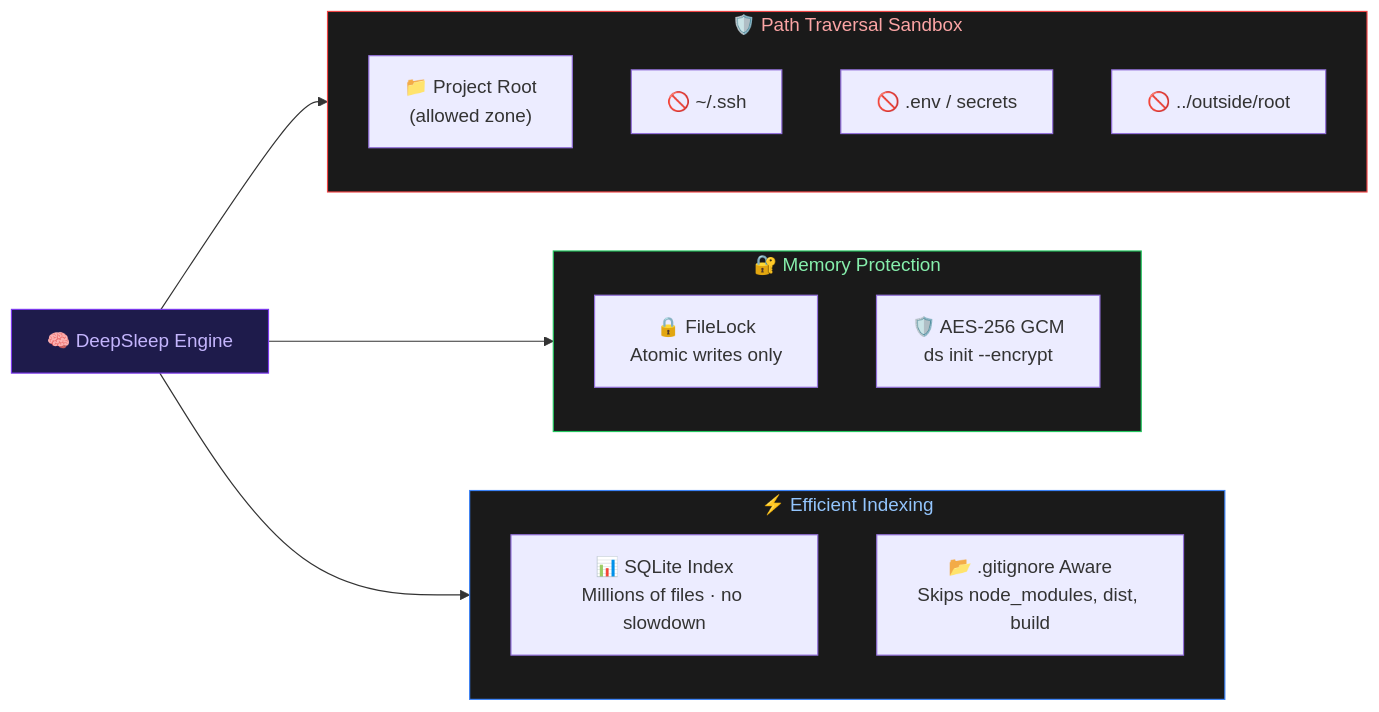
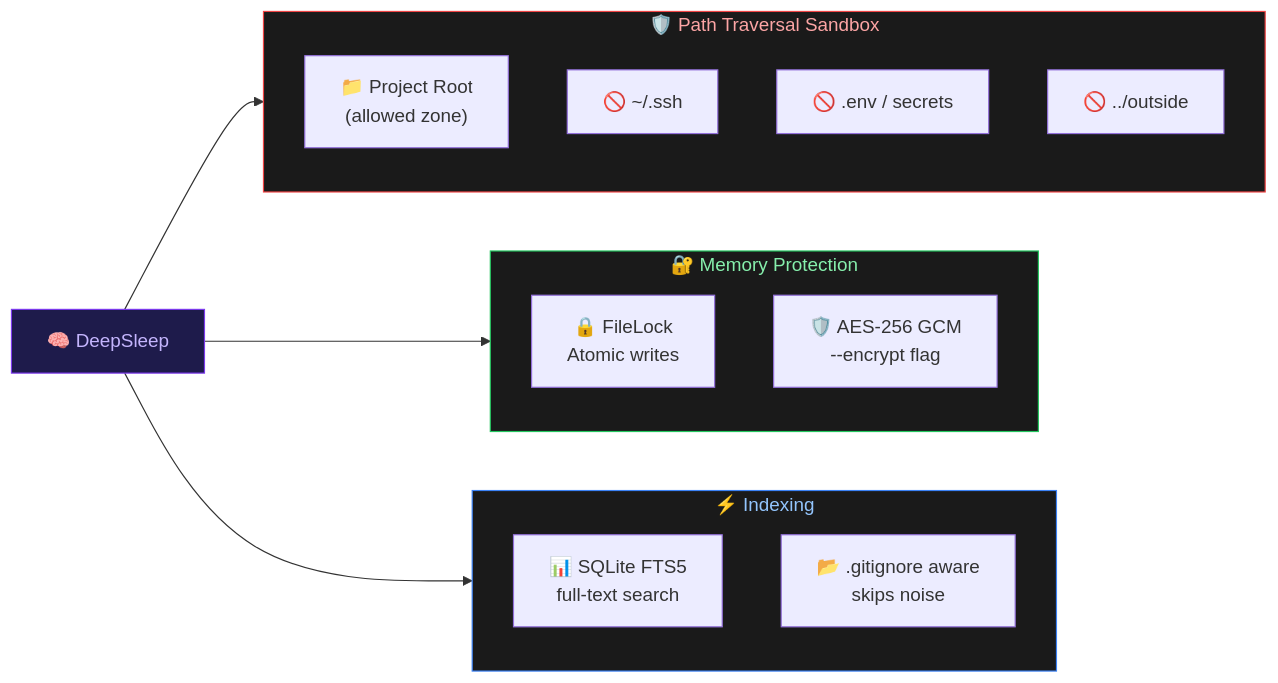
Before and after one commit to Keshavsharma-code/DeepSleep-beta: the seventh of 9 diagrams in README.md, drawn with Mermaid. The commit also changed other lines of this file and 8 other files, not shown here.

````diff
--- a/README.md
+++ b/README.md
@@ -158,31 +250,24 @@
 ```mermaid
 flowchart LR
     subgraph SANDBOX["🛡️ Path Traversal Sandbox"]
-        direction TB
         root["📁 Project Root\n(allowed zone)"]
-        blocked1["🚫 ~/.ssh"]
-        blocked2["🚫 .env / secrets"]
-        blocked3["🚫 ../outside/root"]
+        b1["🚫 ~/.ssh"]
+        b2["🚫 .env / secrets"]
+        b3["🚫 ../outside"]
     end
-
     subgraph MEMORY["🔐 Memory Protection"]
-        direction TB
-        lock["🔒 FileLock\nAtomic writes only"]
-        enc["🛡️ AES-256 GCM\nds init --encrypt"]
+        lock["🔒 FileLock\nAtomic writes"]
+        enc["🛡️ AES-256 GCM\n--encrypt flag"]
     end
-
-    subgraph INDEXING["⚡ Efficient Indexing"]
-        direction TB
-        sqlite["📊 SQLite Index\nMillions of files · no slowdown"]
-        gitignore["📂 .gitignore Aware\nSkips node_modules, dist, build"]
+    subgraph INDEX["⚡ Indexing"]
+        sqlite["📊 SQLite FTS5\nfull-text search"]
+        gitignore["📂 .gitignore aware\nskips noise"]
     end
-
-    DS["🧠 DeepSleep Engine"] --> SANDBOX
+    DS["🧠 DeepSleep"] --> SANDBOX
     DS --> MEMORY
-    DS --> INDEXING
-
+    DS --> INDEX
     style DS fill:#1e1b4b,color:#c4b5fd,stroke:#7c3aed
     style SANDBOX fill:#1a1a1a,color:#fca5a5,stroke:#ef4444
     style MEMORY fill:#1a1a1a,color:#86efac,stroke:#22c55e
-    style INDEXING fill:#1a1a1a,color:#93c5fd,stroke:#3b82f6
+    style INDEX fill:#1a1a1a,color:#93c5fd,stroke:#3b82f6
 ```
````
